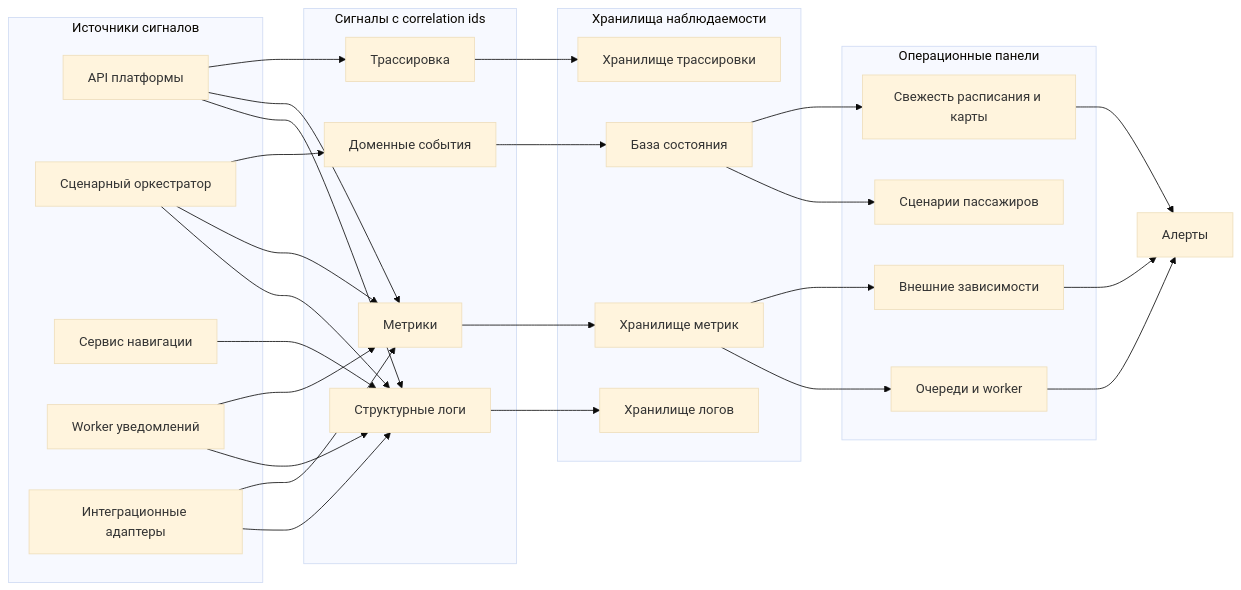
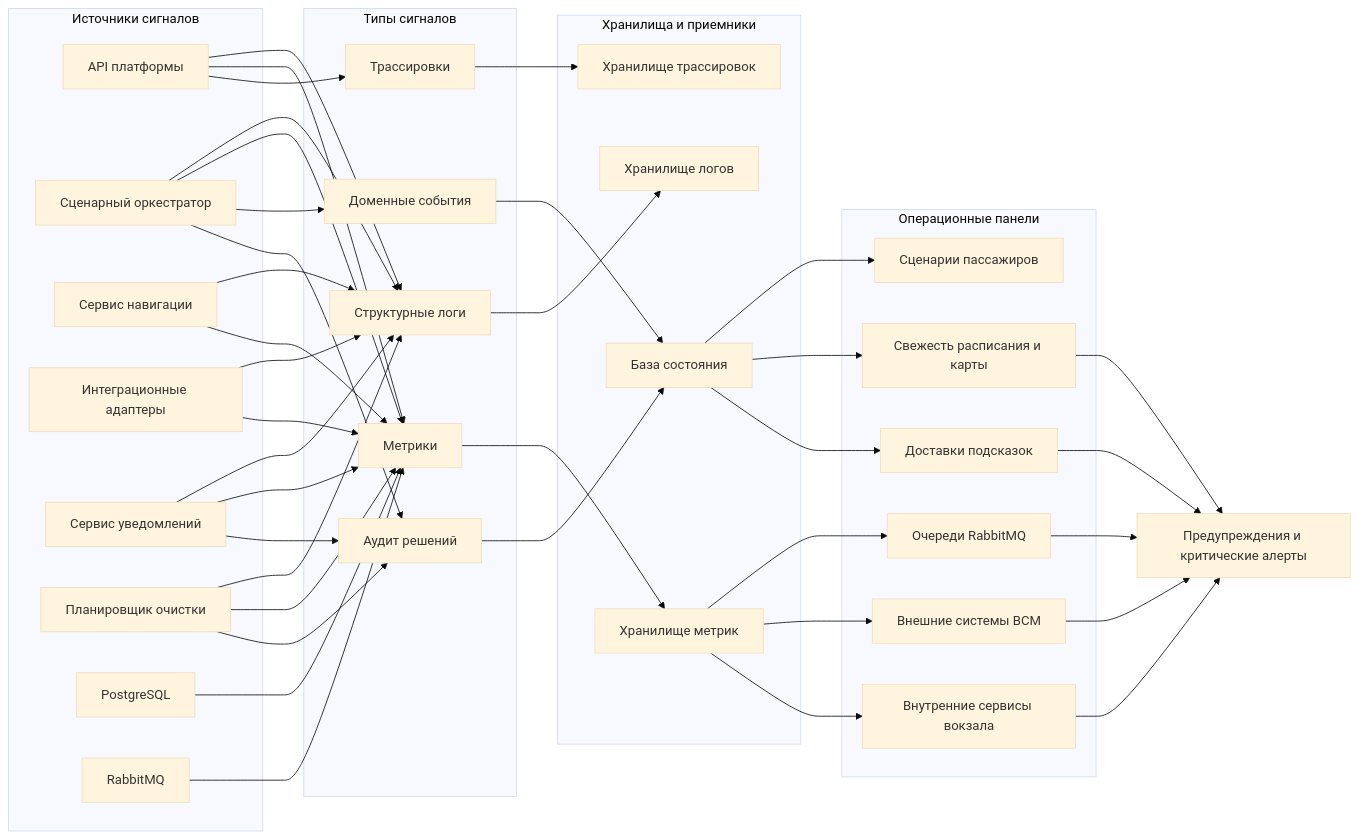
The diagram in 09-надежность-и-эксплуатация.md (FlashgoKless/CW-for-dissertation), drawn with Mermaid (base theme) before and after one commit. The commit also changed other lines of this file and 2 other files, not shown here.

````diff
--- a/09-надежность-и-эксплуатация.md
+++ b/09-надежность-и-эксплуатация.md
@@ -38,56 +78,75 @@
 ```mermaid
 flowchart LR
-    subgraph Sources[Источники сигналов]
-        API[API платформы]
-        Orchestrator[Сценарный оркестратор]
-        Navigation[Сервис навигации]
-        Worker[Worker уведомлений]
-        Adapters[Интеграционные адаптеры]
+    subgraph Sources["Источники сигналов"]
+        API["API платформы"]
+        Orchestrator["Сценарный оркестратор"]
+        Navigation["Сервис навигации"]
+        Adapters["Интеграционные адаптеры"]
+        Notification["Сервис уведомлений"]
+        Cleanup["Планировщик очистки"]
+        PostgreSQL["PostgreSQL"]
+        RabbitMQ["RabbitMQ"]
     end
 
-    subgraph Signals[Сигналы с correlation ids]
-        Logs[Структурные логи]
-        Metrics[Метрики]
-        Traces[Трассировка]
-        DomainEvents[Доменные события]
+    subgraph Signals["Типы сигналов"]
+        Logs["Структурные логи"]
+        Metrics["Метрики"]
+        Traces["Трассировки"]
+        DomainEvents["Доменные события"]
+        Audit["Аудит решений"]
     end
 
-    subgraph Stores[Хранилища наблюдаемости]
-        LogStore[Хранилище логов]
-        MetricStore[Хранилище метрик]
-        TraceStore[Хранилище трассировки]
-        StateDB[База состояния]
+    subgraph Stores["Хранилища и приемники"]
+        LogStore["Хранилище логов"]
+        MetricStore["Хранилище метрик"]
+        TraceStore["Хранилище трассировок"]
+        StateDB["База состояния"]
     end
 
-    subgraph Views[Операционные панели]
-        JourneyView[Сценарии пассажиров]
-        QueueView[Очереди и worker]
-        ExternalView[Внешние зависимости]
-        DataView[Свежесть расписания и карты]
+    subgraph Views["Операционные панели"]
+        JourneyView["Сценарии пассажиров"]
+        QueueView["Очереди RabbitMQ"]
+        VsmView["Внешние системы ВСМ"]
+        StationView["Внутренние сервисы вокзала"]
+        FreshnessView["Свежесть расписания и карты"]
+        DeliveryView["Доставки подсказок"]
     end
 
-    Alert[Алерты]
+    Alerts["Предупреждения и критические алерты"]
 
     API --> Logs
+    API --> Metrics
+    API --> Traces
     Orchestrator --> Logs
+    Orchestrator --> Metrics
+    Orchestrator --> DomainEvents
+    Orchestrator --> Audit
     Navigation --> Logs
-    Worker --> Logs
+    Navigation --> Metrics
     Adapters --> Logs
-    API --> Metrics
-    Orchestrator --> Metrics
-    Worker --> Metrics
     Adapters --> Metrics
-    API --> Traces
-    Orchestrator --> DomainEvents
+    Notification --> Logs
+    Notification --> Metrics
+    Notification --> Audit
+    Cleanup --> Logs
+    Cleanup --> Metrics
+    Cleanup --> Audit
+    PostgreSQL --> Metrics
+    RabbitMQ --> Metrics
     Logs --> LogStore
     Metrics --> MetricStore
     Traces --> TraceStore
     DomainEvents --> StateDB
+    Audit --> StateDB
     StateDB --> JourneyView
+    StateDB --> FreshnessView
     MetricStore --> QueueView
-    MetricStore --> ExternalView
-    StateDB --> DataView
-    QueueView --> Alert
-    ExternalView --> Alert
-    DataView --> Alert
+    MetricStore --> VsmView
+    MetricStore --> StationView
+    StateDB --> DeliveryView
+    QueueView --> Alerts
+    VsmView --> Alerts
+    StationView --> Alerts
+    FreshnessView --> Alerts
+    DeliveryView --> Alerts
 ```
````
